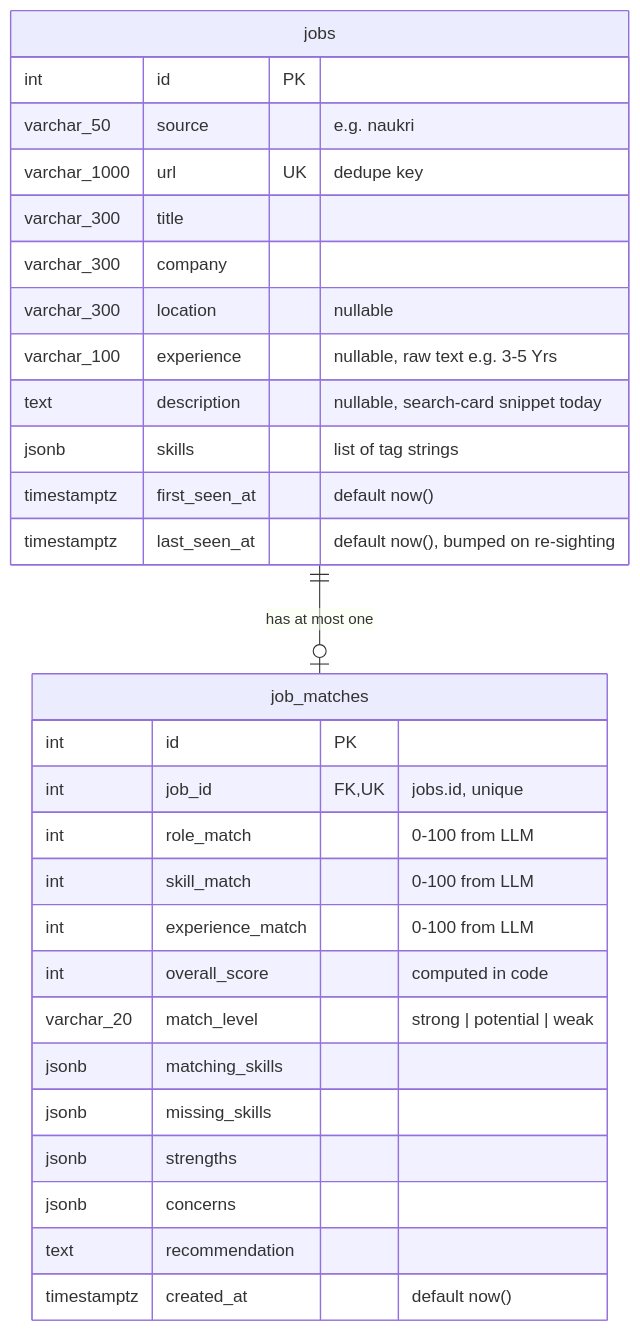
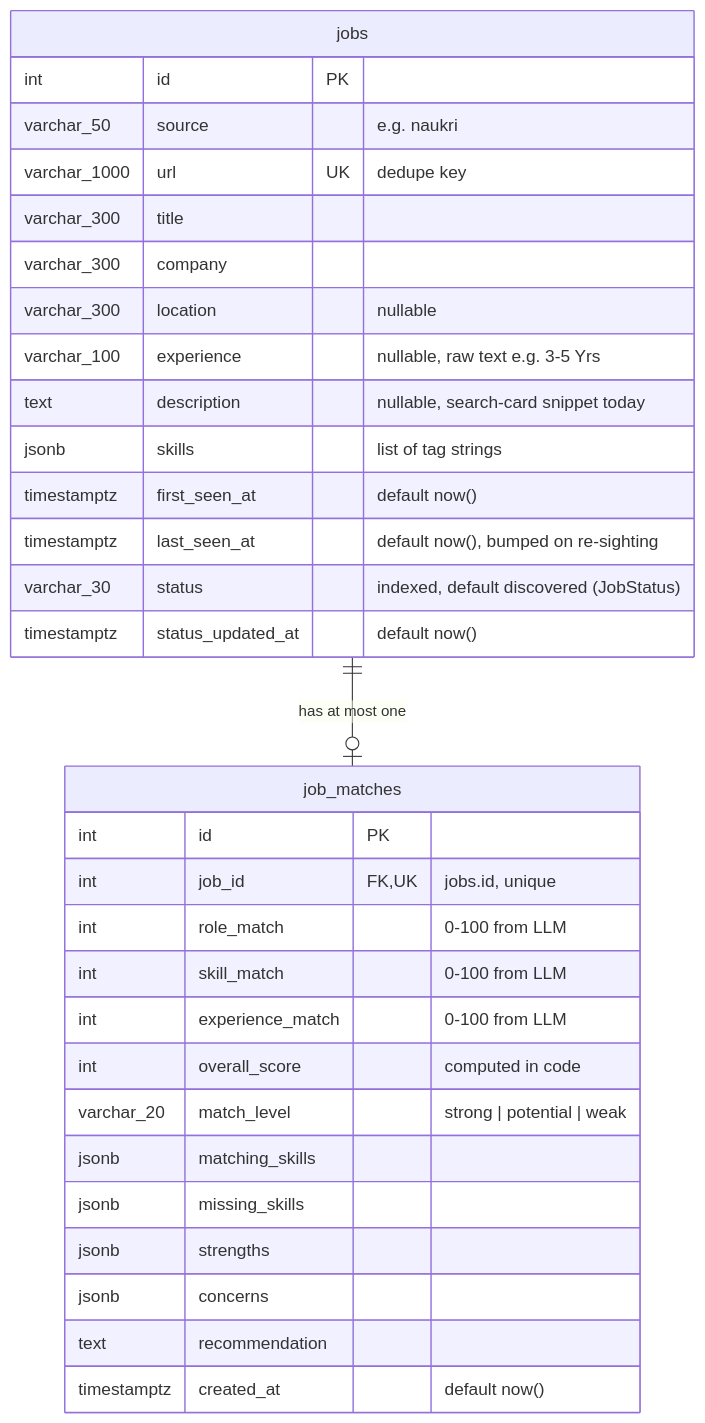
One commit to dhiraj849/Job_assistent changed the first of 2 diagrams in docs/04-data-model.md. Above: the diagram before and after it, drawn with Mermaid. The commit also changed other lines of this file and 10 other files, not shown here.

Commit message:
docs: document workflows, job status, session store and setup

````diff
--- a/docs/04-data-model.md
+++ b/docs/04-data-model.md
@@ -11,32 +12,34 @@
 ```mermaid
 erDiagram
     jobs ||--o| job_matches : "has at most one"
     jobs {
         int id PK
         varchar_50 source "e.g. naukri"
         varchar_1000 url UK "dedupe key"
         varchar_300 title
         varchar_300 company
         varchar_300 location "nullable"
         varchar_100 experience "nullable, raw text e.g. 3-5 Yrs"
         text description "nullable, search-card snippet today"
         jsonb skills "list of tag strings"
         timestamptz first_seen_at "default now()"
         timestamptz last_seen_at "default now(), bumped on re-sighting"
+        varchar_30 status "indexed, default discovered (JobStatus)"
+        timestamptz status_updated_at "default now()"
     }
     job_matches {
         int id PK
         int job_id FK, UK "jobs.id, unique"
         int role_match "0-100 from LLM"
         int skill_match "0-100 from LLM"
         int experience_match "0-100 from LLM"
         int overall_score "computed in code"
         varchar_20 match_level "strong | potential | weak"
         jsonb matching_skills
         jsonb missing_skills
         jsonb strengths
         jsonb concerns
         text recommendation
         timestamptz created_at "default now()"
     }
 ```
````
